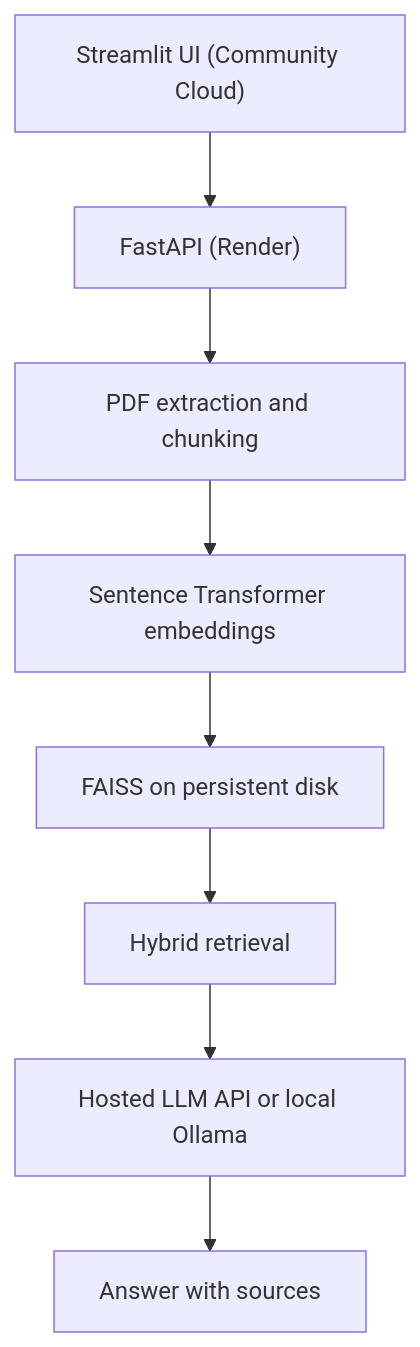
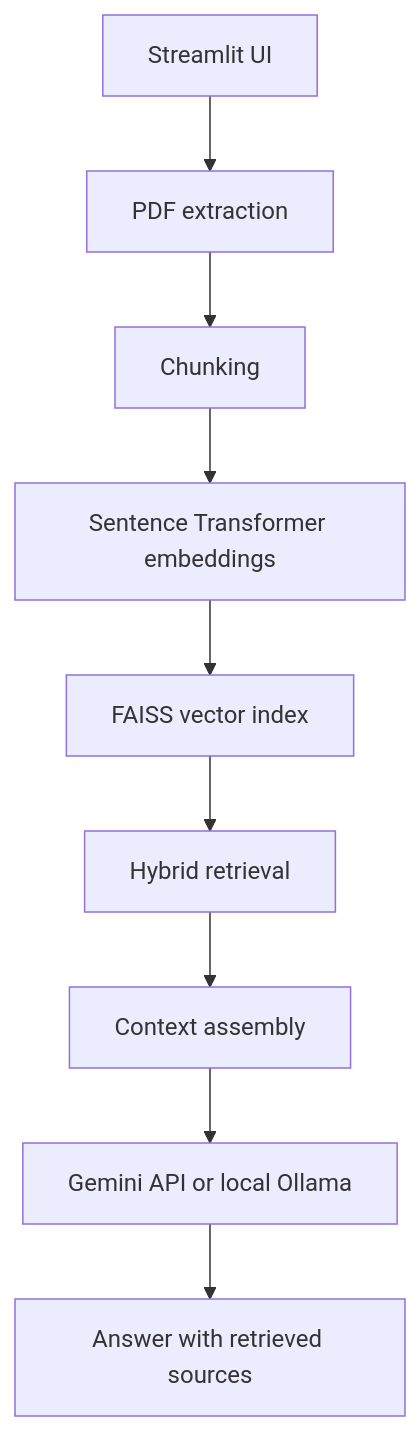
One commit to MirMehdi05/ai-document-intelligence changed the diagram in README.md. Above: the diagram before and after it, drawn with Mermaid. The commit also changed other lines of this file, not shown here.

Commit message:
Document zero-cost Streamlit Community Cloud deployment

````diff
--- a/README.md
+++ b/README.md
@@ -20,10 +21,11 @@
 ```mermaid
 flowchart TD
-    A["Streamlit UI (Community Cloud)"] --> B["FastAPI (Render)"]
-    B --> C["PDF extraction and chunking"]
+    A["Streamlit UI"] --> B["PDF extraction"]
+    B --> C["Chunking"]
     C --> D["Sentence Transformer embeddings"]
-    D --> E["FAISS on persistent disk"]
+    D --> E["FAISS vector index"]
     E --> F["Hybrid retrieval"]
-    F --> G["Hosted LLM API or local Ollama"]
-    G --> H["Answer with sources"]
+    F --> G["Context assembly"]
+    G --> H["Gemini API or local Ollama"]
+    H --> I["Answer with retrieved sources"]
 ```
````
